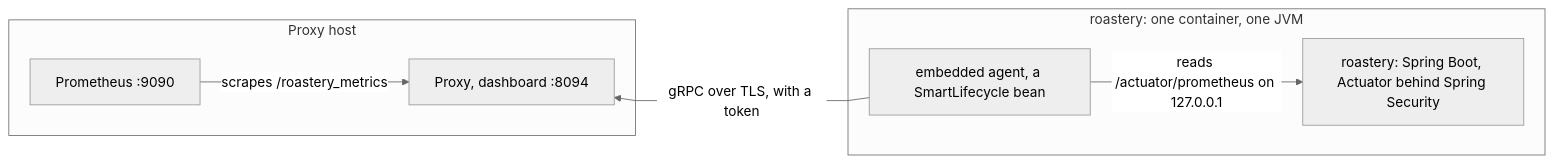
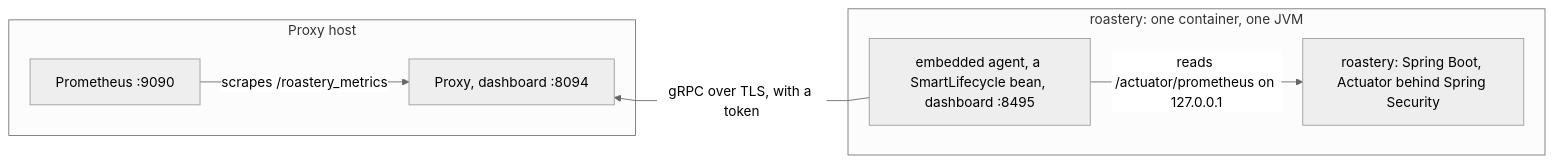
One commit to pambrose/prometheus-proxy changed the diagram in demos/spring-boot/README.md. Above: the diagram before and after it, drawn with Mermaid (neutral theme). The commit also changed other lines of this file and 112 other files, not shown here.

First line of the commit message:
Add an Activity view to the agent's dashboard, its Helm values, a theme button, and the agent's side to every demo (#483)

````diff
--- a/demos/spring-boot/README.md
+++ b/demos/spring-boot/README.md
@@ -18,19 +22,19 @@
 ```mermaid
 %%{init: {'flowchart': {'curve': 'linear'}}}%%
 graph LR
   P[Prometheus :9090] -->|scrapes /roastery_metrics| Proxy[Proxy, dashboard :8094]
   %% The agent connects out to the proxy, so its arrow points back. The invisible link keeps the app to the right.
   Proxy ~~~ Agent
-  Agent[embedded agent, a SmartLifecycle bean] -->|gRPC over TLS, with a token| Proxy
+  Agent[embedded agent, a SmartLifecycle bean, dashboard :8495] -->|gRPC over TLS, with a token| Proxy
   Agent -->|reads /actuator/prometheus on 127.0.0.1| App[roastery: Spring Boot, Actuator behind Spring Security]
 
   subgraph host[Proxy host]
     P
     Proxy
   end
 
   subgraph roastery[roastery: one container, one JVM]
     Agent
     App
   end
 ```
````
